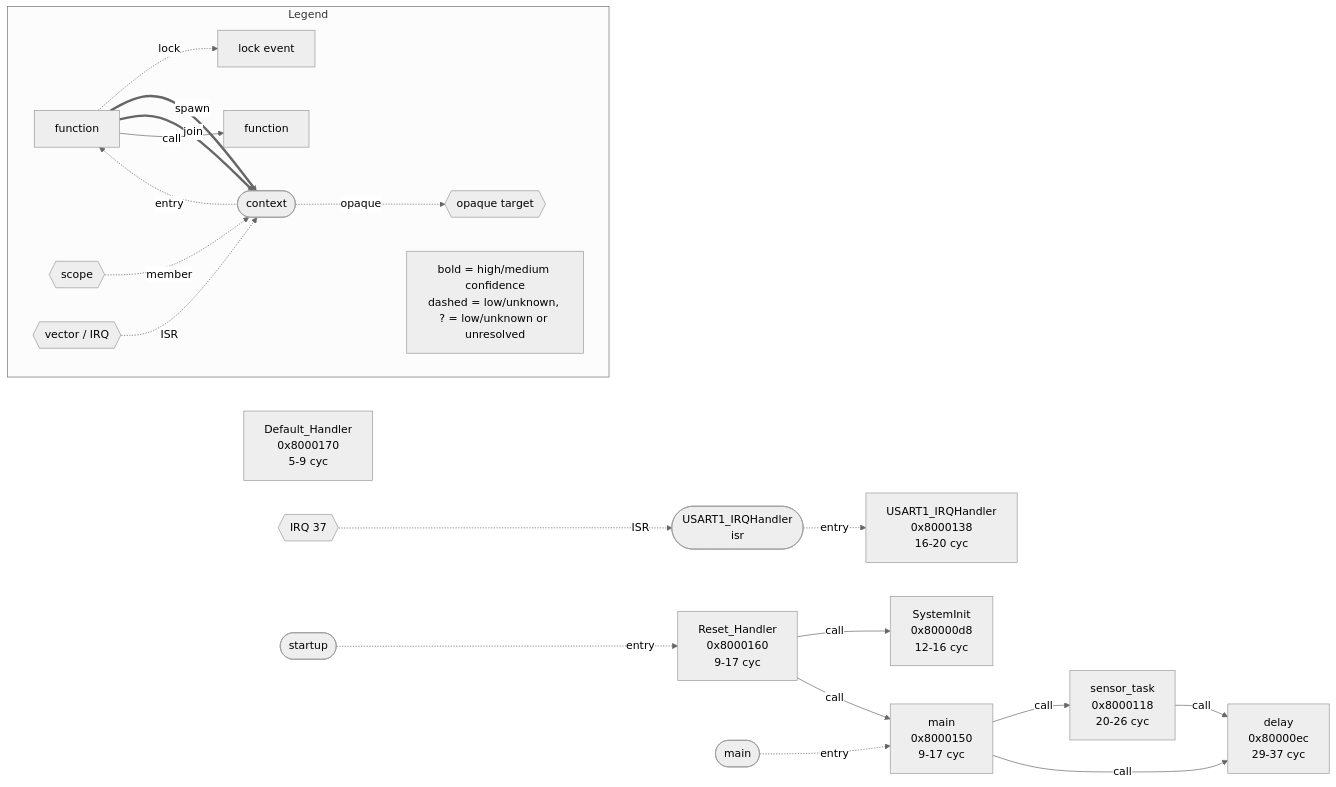
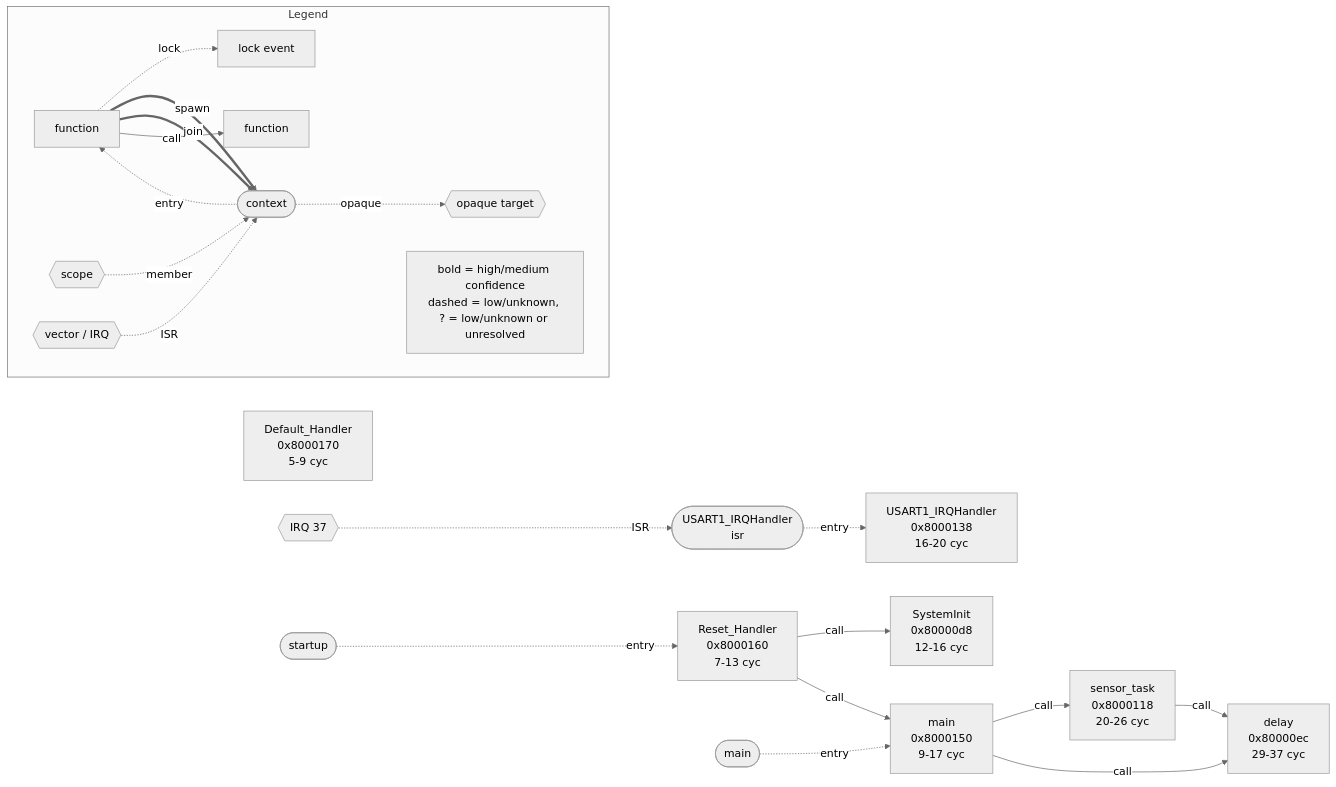
One commit to kevindadi/elf2tdg changed the diagram in examples/cortex-m0-isr/artifacts/tdg-full.mmd. Above: the diagram before and after it, drawn with Mermaid (neutral theme). The commit also changed 22 other files, not shown here.

```diff
--- a/examples/cortex-m0-isr/artifacts/tdg-full.mmd
+++ b/examples/cortex-m0-isr/artifacts/tdg-full.mmd
@@ -1,39 +1,39 @@
 flowchart LR
   n0["SystemInit<br/>0x80000d8<br/>12-16 cyc"]
   n1["delay<br/>0x80000ec<br/>29-37 cyc"]
   n2["sensor_task<br/>0x8000118<br/>20-26 cyc"]
   n3["USART1_IRQHandler<br/>0x8000138<br/>16-20 cyc"]
   n4["main<br/>0x8000150<br/>9-17 cyc"]
-  n5["Reset_Handler<br/>0x8000160<br/>9-17 cyc"]
+  n5["Reset_Handler<br/>0x8000160<br/>7-13 cyc"]
   n6["Default_Handler<br/>0x8000170<br/>5-9 cyc"]
   n7(["USART1_IRQHandler<br/>isr"])
   n8(["main"])
   n9(["startup"])
   n7 -.->|entry| n3
   n8 -.->|entry| n4
   n9 -.->|entry| n5
   n2 -->|call| n1
   n4 -->|call| n2
   n4 -->|call| n1
   n5 -->|call| n0
   n5 -->|call| n4
   n10{{"IRQ 37"}} -.->|ISR| n7
   subgraph Legend
     direction LR
     legend_function["function"]
     legend_context(["context"])
     legend_scope{{"scope"}}
     legend_opaque{{"opaque target"}}
     legend_vector{{"vector / IRQ"}}
     legend_lock["lock event"]
     legend_function -.->|lock| legend_lock
     legend_function ==>|spawn| legend_context
     legend_function ==>|join| legend_context
     legend_context -.->|entry| legend_function
     legend_scope -.->|member| legend_context
     legend_vector -.->|ISR| legend_context
     legend_context -.->|opaque| legend_opaque
     legend_callee["function"]
     legend_function -->|call| legend_callee
     legend_note["bold = high/medium confidence<br/>dashed = low/unknown, ? = low/unknown or unresolved"]
   end
```
